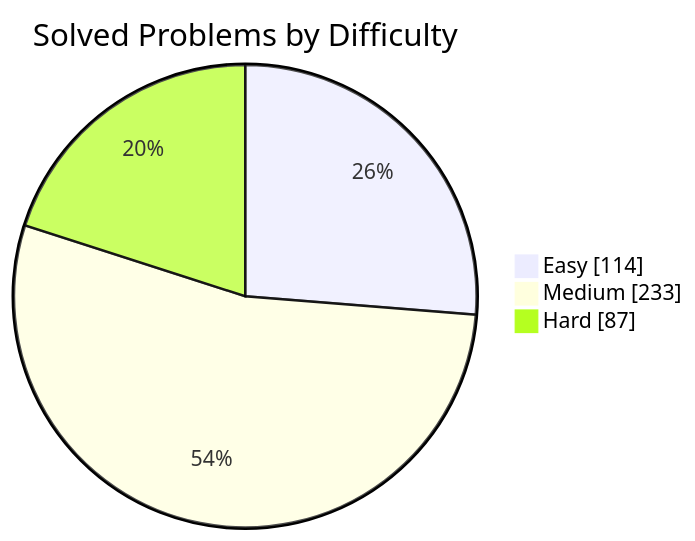
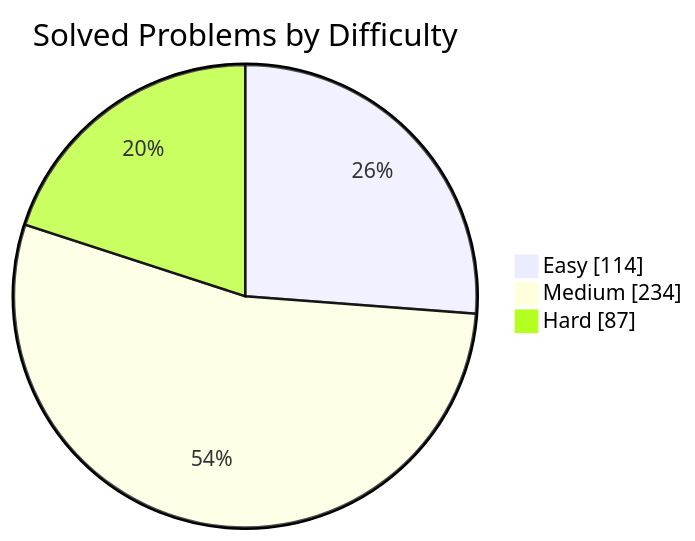
The first of 2 diagrams in README.md (manikantbindass/DSA-Preparation-FAANG), drawn with Mermaid before and after one commit. The commit also changed other lines of this file and 1 other file, not shown here.

````diff
--- a/README.md
+++ b/README.md
@@ -77,7 +77,7 @@
 ```mermaid
 pie showData
     title Solved Problems by Difficulty
     "Easy" : 114
-    "Medium" : 233
+    "Medium" : 234
     "Hard" : 87
 ```
````
